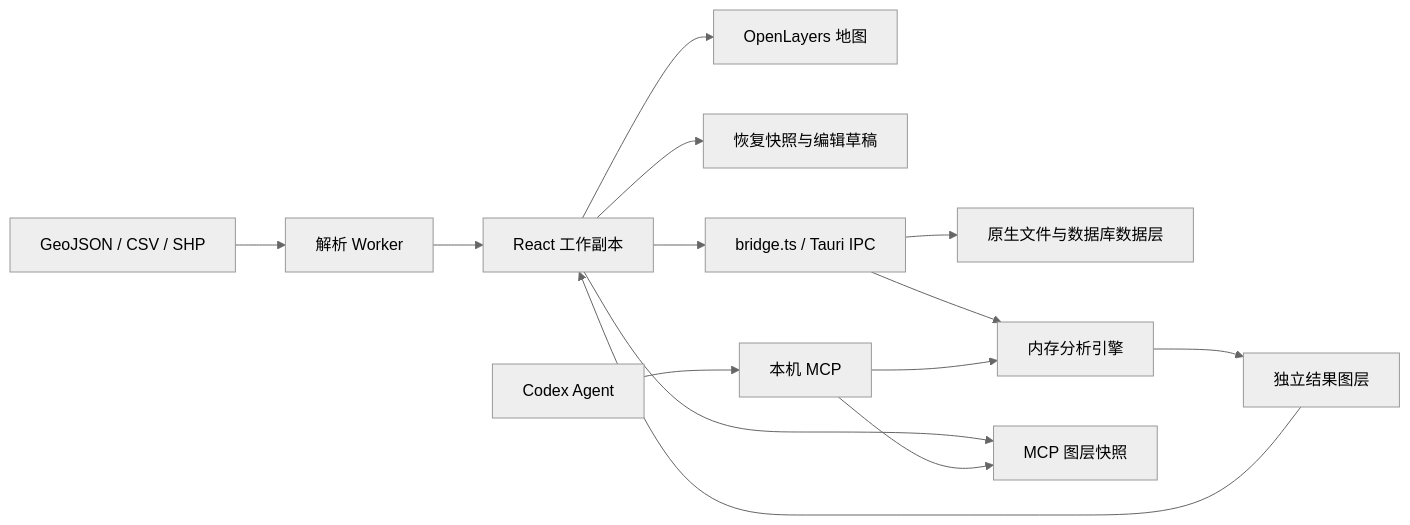
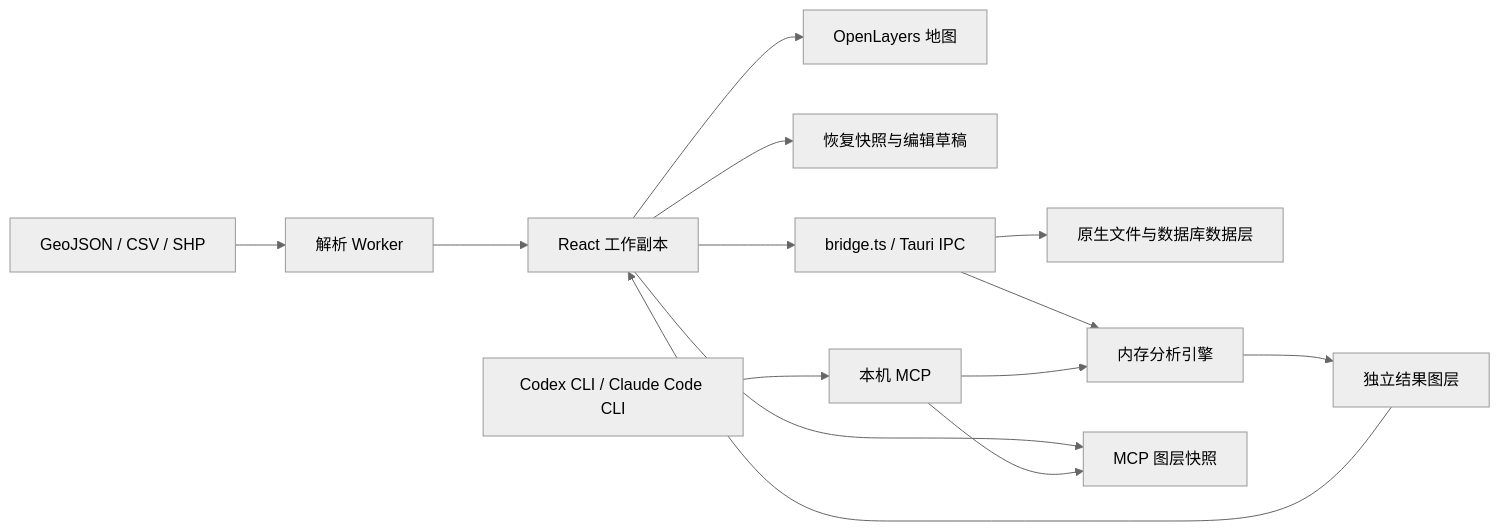
Before and after one commit to lzmzzw/zGIS: the diagram in docs/architecture.md, drawn with Mermaid (neutral theme). The commit also changed 21 other files, not shown here.

First line of the commit message:
feat: add Claude Code CLI to the zGIS Agent panel

````diff
--- a/docs/architecture.md
+++ b/docs/architecture.md
@@ -25,16 +25,16 @@
 ```mermaid
 flowchart LR
   Files[GeoJSON / CSV / SHP] --> Worker[解析 Worker]
   Worker --> Model[React 工作副本]
   Model --> Map[OpenLayers 地图]
   Model --> Recovery[恢复快照与编辑草稿]
   Model --> Bridge[bridge.ts / Tauri IPC]
   Bridge --> Native[原生文件与数据库数据层]
   Bridge --> Processing[内存分析引擎]
   Model --> Snapshot[MCP 图层快照]
-  Agent[Codex Agent] --> MCP[本机 MCP]
+  Agent[Codex CLI / Claude Code CLI] --> MCP[本机 MCP]
   MCP --> Snapshot
   MCP --> Processing
   Processing --> Result[独立结果图层]
   Result --> Model
 ```
````
